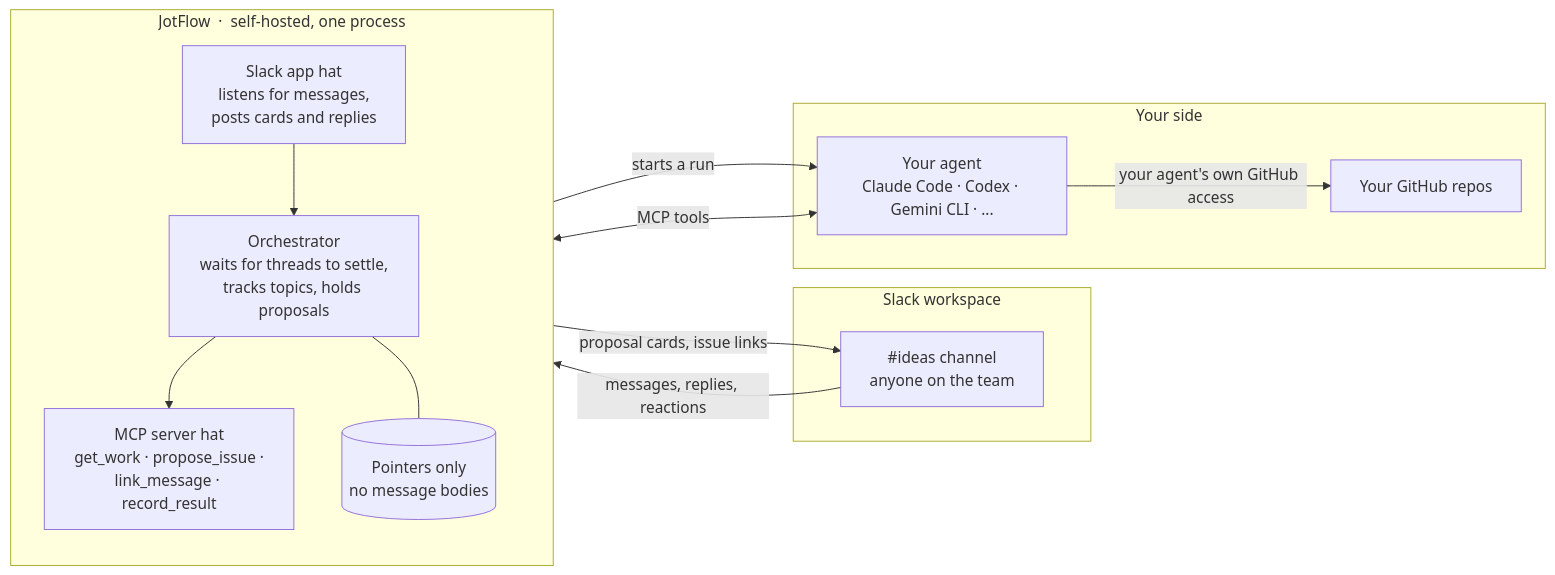
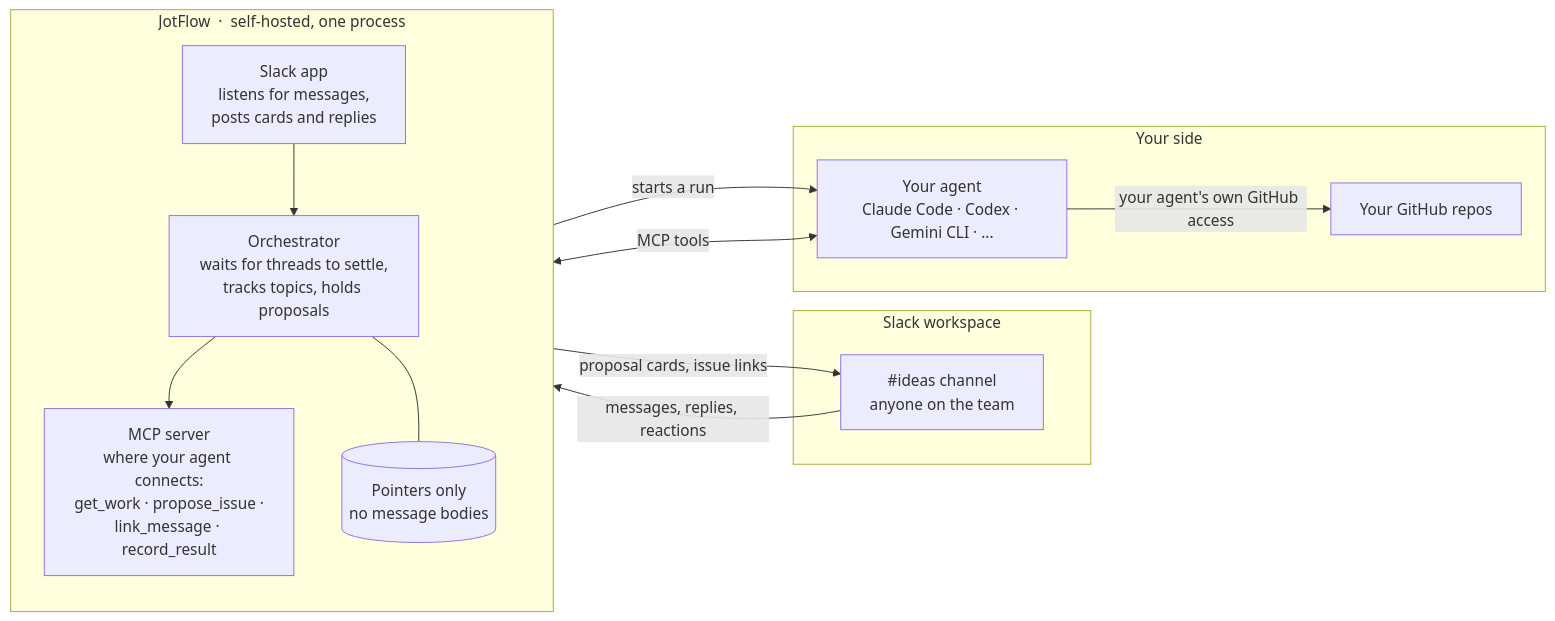
The first of 2 diagrams in README.md (Jnkman787/jotflow), drawn with Mermaid before and after one commit. The commit also changed other lines of this file and 9 other files, not shown here.

````diff
--- a/README.md
+++ b/README.md
@@ -19,27 +19,27 @@
 ```mermaid
 flowchart LR
     subgraph slack["Slack workspace"]
         ch["#ideas channel<br/>anyone on the team"]
     end
 
     subgraph jotflow["JotFlow &nbsp;·&nbsp; self-hosted, one process"]
         direction TB
-        app["Slack app hat<br/>listens for messages,<br/>posts cards and replies"]
+        app["Slack app<br/>listens for messages,<br/>posts cards and replies"]
         core["Orchestrator<br/>waits for threads to settle,<br/>tracks topics, holds proposals"]
-        mcp["MCP server hat<br/>get_work · propose_issue ·<br/>link_message · record_result"]
+        mcp["MCP server<br/>where your agent connects:<br/>get_work · propose_issue ·<br/>link_message · record_result"]
         db[("Pointers only<br/>no message bodies")]
         app --> core --> mcp
         core --- db
     end
 
     subgraph yours["Your side"]
         agent["Your agent<br/>Claude Code · Codex · Gemini CLI · ..."]
         gh["Your GitHub repos"]
     end
 
     ch -- "messages, replies, reactions" --> app
     app -- "proposal cards, issue links" --> ch
     core -- "starts a run" --> agent
     agent <-- "MCP tools" --> mcp
     agent -- "your agent's own GitHub access" --> gh
 ```
````
